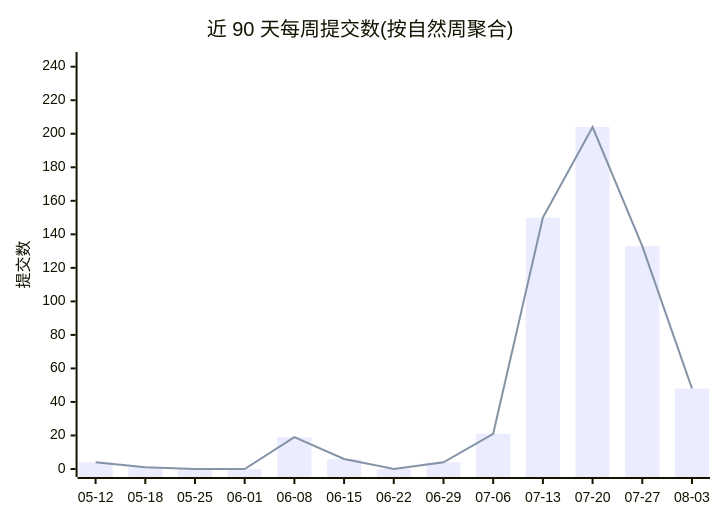
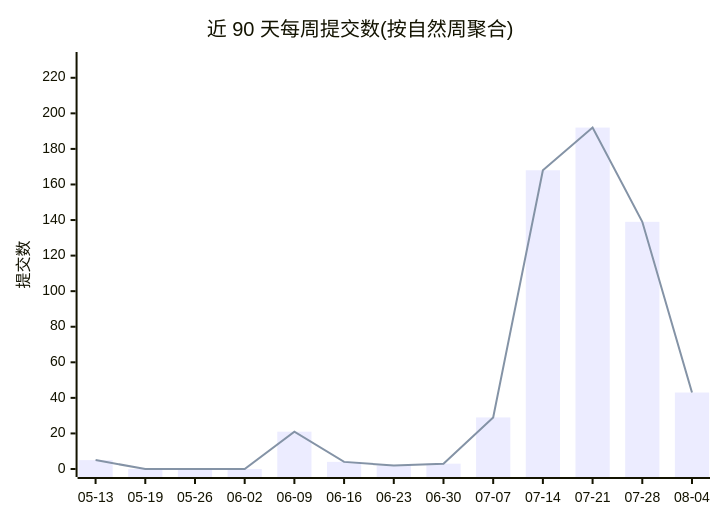
Before and after one commit to Conflux-Union/.github: the first of 2 diagrams in profile/README.md, drawn with Mermaid. The commit also changed other lines of this file and 1 other file, not shown here.

````diff
--- a/profile/README.md
+++ b/profile/README.md
@@ -44,8 +44,8 @@
 ```mermaid
 xychart-beta
     title "近 90 天每周提交数(按自然周聚合)"
-    x-axis ["05-12", "05-18", "05-25", "06-01", "06-08", "06-15", "06-22", "06-29", "07-06", "07-13", "07-20", "07-27", "08-03"]
-    y-axis "提交数" 0 --> 244
-    bar [4, 1, 0, 0, 19, 6, 0, 4, 21, 150, 204, 133, 48]
-    line [4, 1, 0, 0, 19, 6, 0, 4, 21, 150, 204, 133, 48]
+    x-axis ["05-13", "05-19", "05-26", "06-02", "06-09", "06-16", "06-23", "06-30", "07-07", "07-14", "07-21", "07-28", "08-04"]
+    y-axis "提交数" 0 --> 230
+    bar [5, 0, 0, 0, 21, 4, 2, 3, 29, 168, 192, 139, 43]
+    line [5, 0, 0, 0, 21, 4, 2, 3, 29, 168, 192, 139, 43]
 ```
````
